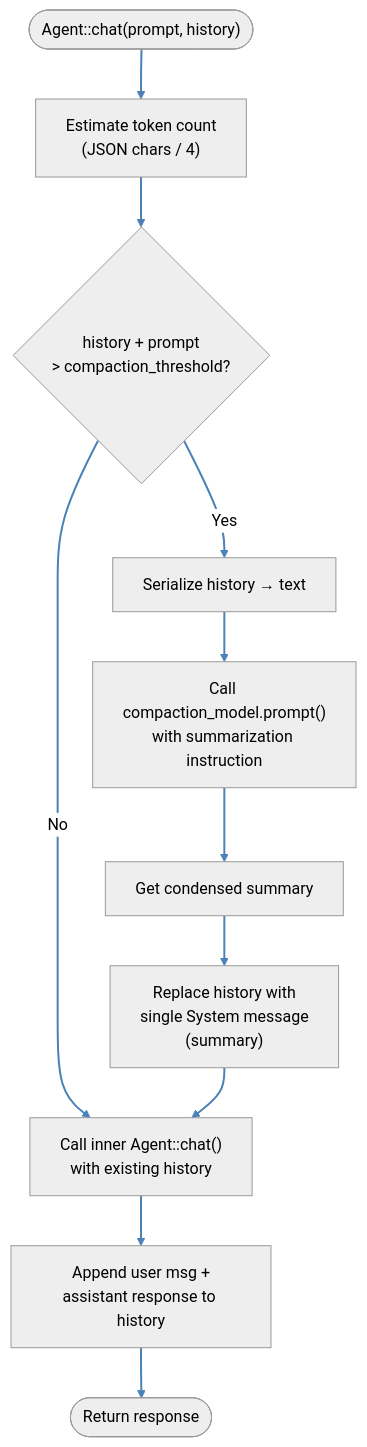
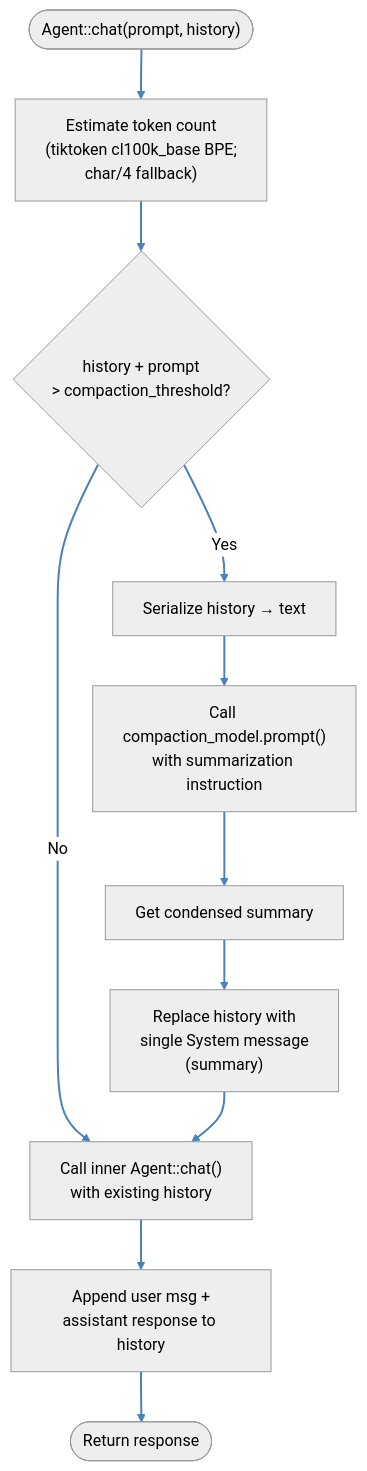
Before and after one commit to skaarfundgandr/agent_rs: the third of 3 diagrams in docs/diagrams/flowchart.md, drawn with Mermaid (neutral theme). The commit also changed other lines of this file and 4 other files, not shown here.

Commit message:
docs(diagrams): align diagrams with current architecture

````diff
--- a/docs/diagrams/flowchart.md
+++ b/docs/diagrams/flowchart.md
@@ -57,14 +57,14 @@
 ```mermaid
 flowchart TB
-    In(["Agent::chat(prompt, history)"]) --> Estimate["Estimate token count<br/>(JSON chars / 4)"]
+    In(["Agent::chat(prompt, history)"]) --> Estimate["Estimate token count<br/>(tiktoken cl100k_base BPE;<br/>char/4 fallback)"]
     Estimate --> Threshold{"history + prompt<br/>&gt; compaction_threshold?"}
     Threshold -->|No| NormalChat["Call inner Agent::chat()<br/>with existing history"]
     Threshold -->|Yes| Serialize["Serialize history → text"]
     Serialize --> Compact["Call compaction_model.prompt()<br/>with summarization instruction"]
     Compact --> Summary["Get condensed summary"]
     Summary --> Replace["Replace history with<br/>single System message<br/>(summary)"]
     Replace --> NormalChat
     NormalChat --> Append["Append user msg +<br/>assistant response to history"]
     Append --> Out(["Return response"])
     linkStyle default stroke:#4a82b8,stroke-width:2px;
 ```
````
